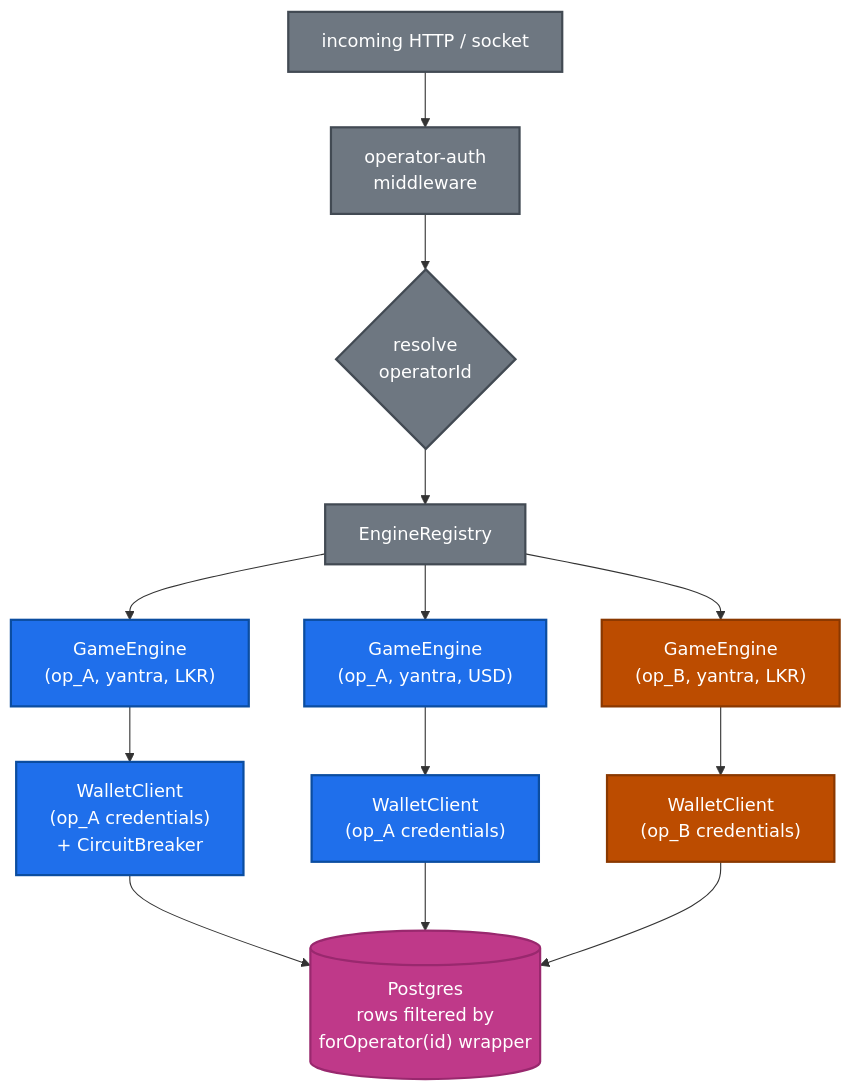
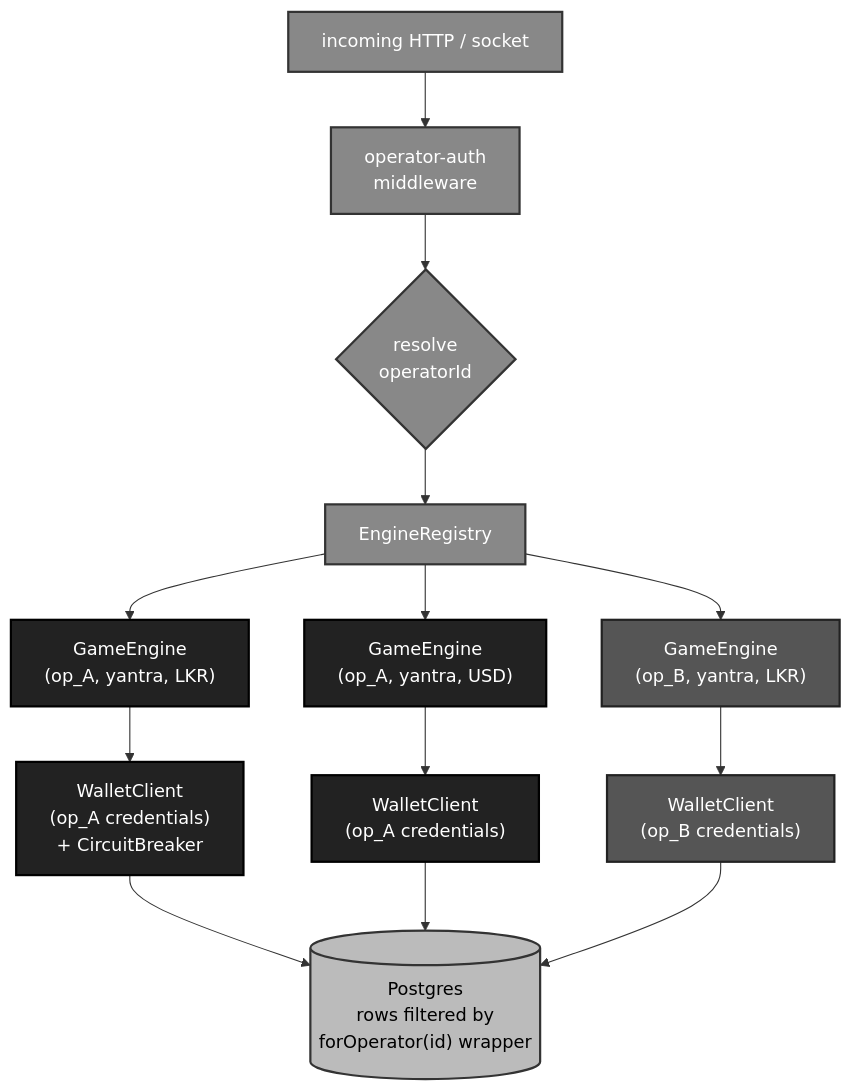
Before and after one commit to dinethlive/yantra-gaming: the seventh of 9 diagrams in docs/architecture.md, drawn with Mermaid. The commit also changed other lines of this file and 2 other files, not shown here.

First line of the commit message:
docs: convert roadmap diagrams to mermaid and unify B/W palette

````diff
--- a/docs/architecture.md
+++ b/docs/architecture.md
@@ -260,24 +262,24 @@
 ```mermaid
 flowchart TB
     req["incoming HTTP / socket"] --> auth["operator-auth<br/>middleware"]
     auth --> opid{"resolve<br/>operatorId"}
     opid --> reg["EngineRegistry"]
     reg --> eng1["GameEngine<br/>(op_A, yantra, LKR)"]
     reg --> eng2["GameEngine<br/>(op_A, yantra, USD)"]
     reg --> eng3["GameEngine<br/>(op_B, yantra, LKR)"]
     eng1 --> wc1["WalletClient<br/>(op_A credentials)<br/>+ CircuitBreaker"]
     eng2 --> wc2["WalletClient<br/>(op_A credentials)"]
     eng3 --> wc3["WalletClient<br/>(op_B credentials)"]
     wc1 --> db[("Postgres<br/>rows filtered by<br/>forOperator(id) wrapper")]
     wc2 --> db
     wc3 --> db
 
-    classDef op1 fill:#1f6feb,stroke:#0b4da0,stroke-width:2px,color:#fff;
-    classDef op2 fill:#bc4c00,stroke:#8a3800,stroke-width:2px,color:#fff;
-    classDef infra fill:#6e7781,stroke:#424a53,stroke-width:2px,color:#fff;
-    classDef ds fill:#bf3989,stroke:#99286e,stroke-width:2px,color:#fff;
-    class eng1,eng2,wc1,wc2 op1;
-    class eng3,wc3 op2;
-    class req,auth,opid,reg infra;
-    class db ds;
+    classDef primary fill:#222,stroke:#000,color:#fff,stroke-width:2px;
+    classDef secondary fill:#555,stroke:#222,color:#fff,stroke-width:2px;
+    classDef tertiary fill:#888,stroke:#333,color:#fff,stroke-width:2px;
+    classDef store fill:#bbb,stroke:#333,color:#000,stroke-width:2px;
+    class eng1,eng2,wc1,wc2 primary;
+    class eng3,wc3 secondary;
+    class req,auth,opid,reg tertiary;
+    class db store;
 ```
````
